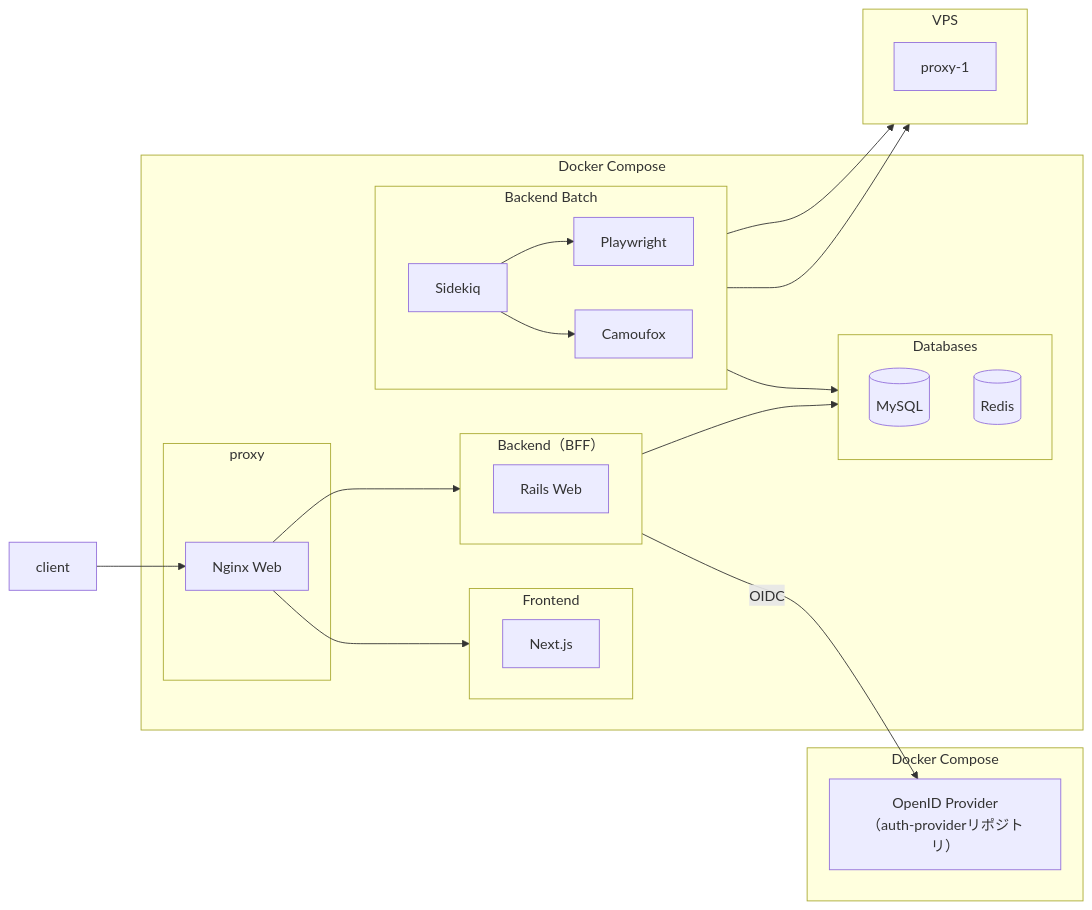
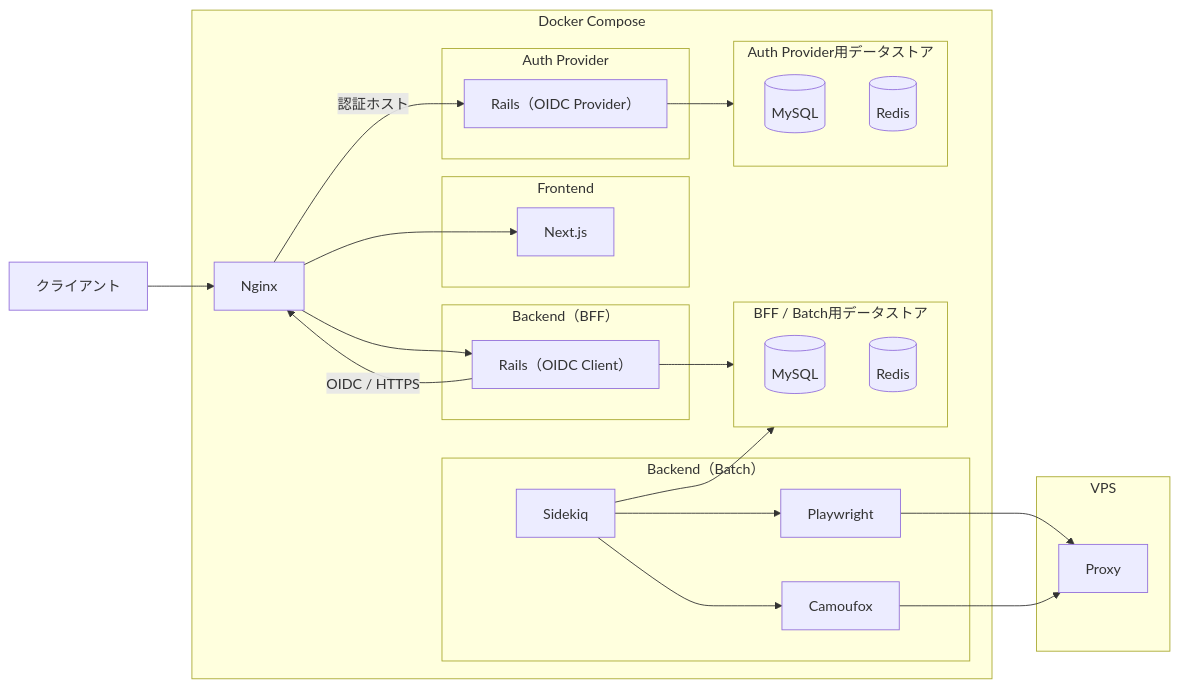
Before and after one commit to kuroweb/price-monitoring: the first of 3 diagrams in README.md, drawn with Mermaid. The commit also changed other lines of this file and 5 other files, not shown here.

````diff
--- a/README.md
+++ b/README.md
@@ -33,49 +33,49 @@
-  ```mermaid
-  flowchart LR
-  subgraph Docker Compose
-    subgraph proxy
-      nginx_web[Nginx Web]
+```mermaid
+flowchart LR
+  subgraph environment["Docker Compose"]
+    gateway["Nginx"]
+
+    subgraph frontend["Frontend"]
+      nextjs["Next.js"]
     end
 
-    subgraph Frontend
-      direction LR
-
-      Next.js
+    subgraph backend["Backend（BFF）"]
+      rails["Rails（OIDC Client）"]
     end
 
-    subgraph "Backend（BFF）"
-      direction LR
-
-      rails[Rails Web]
+    subgraph batch["Backend（Batch）"]
+      sidekiq["Sidekiq"]
+      playwright["Playwright"]
+      camoufox["Camoufox"]
     end
 
-    subgraph Backend Batch
-      direction LR
-
-      sidekiq[Sidekiq]
-      playwright[Playwright]
-      camoufox[Camoufox]
-    end
-
-    subgraph Databases
+    subgraph backend_data["BFF / Batch用データストア"]
       mysql[(MySQL)]
       redis[(Redis)]
     end
+
+    subgraph auth["Auth Provider"]
+      auth_rails["Rails（OIDC Provider）"]
+    end
+
+    subgraph auth_data["Auth Provider用データストア"]
+      auth_mysql[(MySQL)]
+      auth_redis[(Redis)]
+    end
   end
 
-  subgraph "Docker Compose"
-    auth_provider["OpenID Provider<br>（auth-providerリポジトリ）"]
+  subgraph vps["VPS"]
+    proxy["Proxy"]
   end
 
-  subgraph VPS
-    proxy-1
-  end
-
-  client-->nginx_web-->Next.js
-  nginx_web-->rails
-  rails-->|OIDC|auth_provider
-  sidekiq-->playwright-->VPS
-  sidekiq-->camoufox-->VPS
-  rails-->Databases
-  sidekiq-->Databases
-  ```
+  client["クライアント"] --> gateway
+  gateway --> nextjs
+  gateway --> rails
+  gateway -->|認証ホスト| auth_rails
+  rails -->|OIDC / HTTPS| gateway
+  rails --> backend_data
+  sidekiq --> backend_data
+  auth_rails --> auth_data
+  sidekiq --> playwright --> proxy
+  sidekiq --> camoufox --> proxy
+```
````
